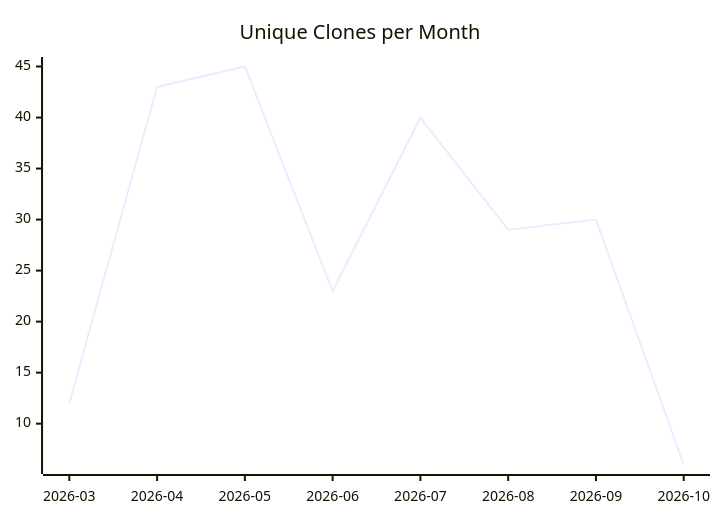
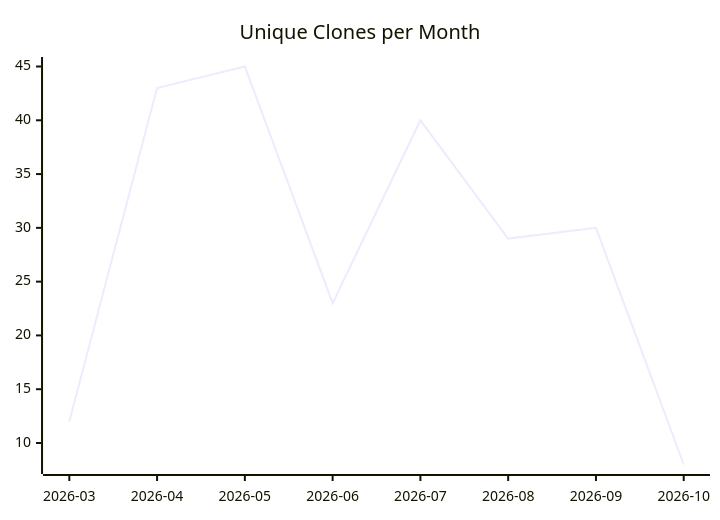
The third of 3 diagrams in karlmdavis/ksoap2-android/README.md (justdavis-family/github-analytics-data), drawn with Mermaid before and after one commit. The commit also changed other lines of this file and 200 other files, not shown here.

````diff
--- a/karlmdavis/ksoap2-android/README.md
+++ b/karlmdavis/ksoap2-android/README.md
@@ -19,6 +19,6 @@
 ```mermaid
 xychart-beta
   title "Unique Clones per Month"
   x-axis ["2026-03", "2026-04", "2026-05", "2026-06", "2026-07", "2026-08", "2026-09", "2026-10"]
-  line [12, 43, 45, 23, 40, 29, 30, 6]
+  line [12, 43, 45, 23, 40, 29, 30, 8]
 ```
````
